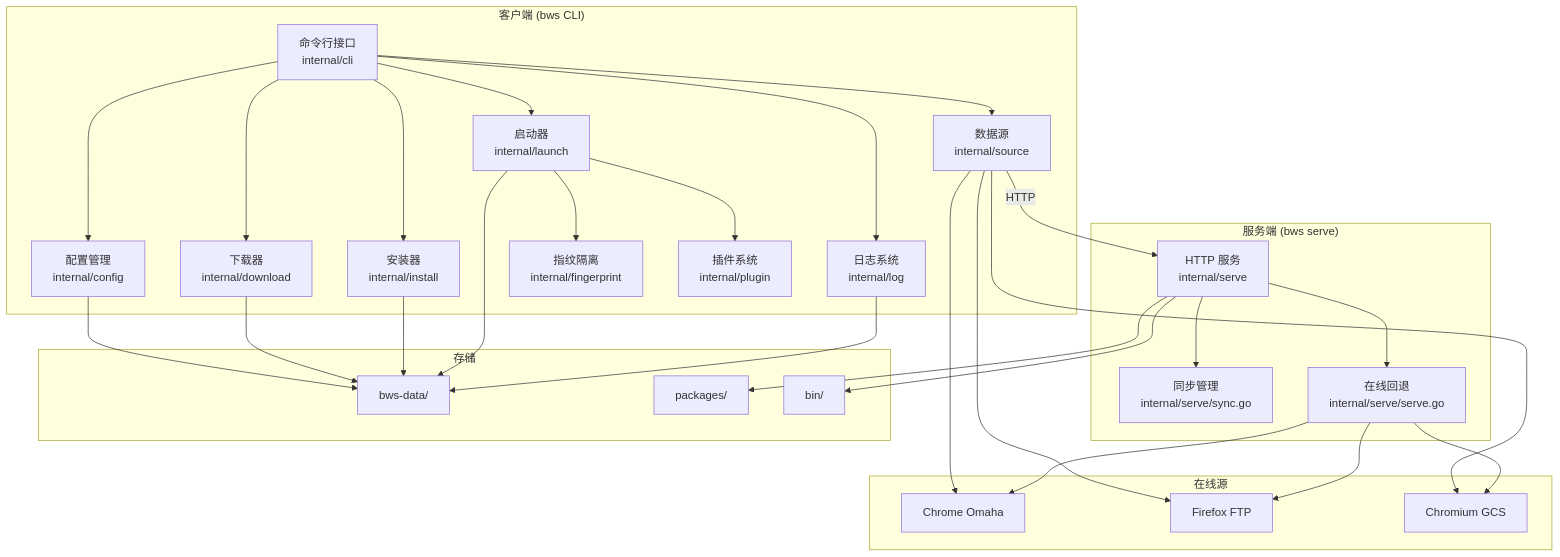
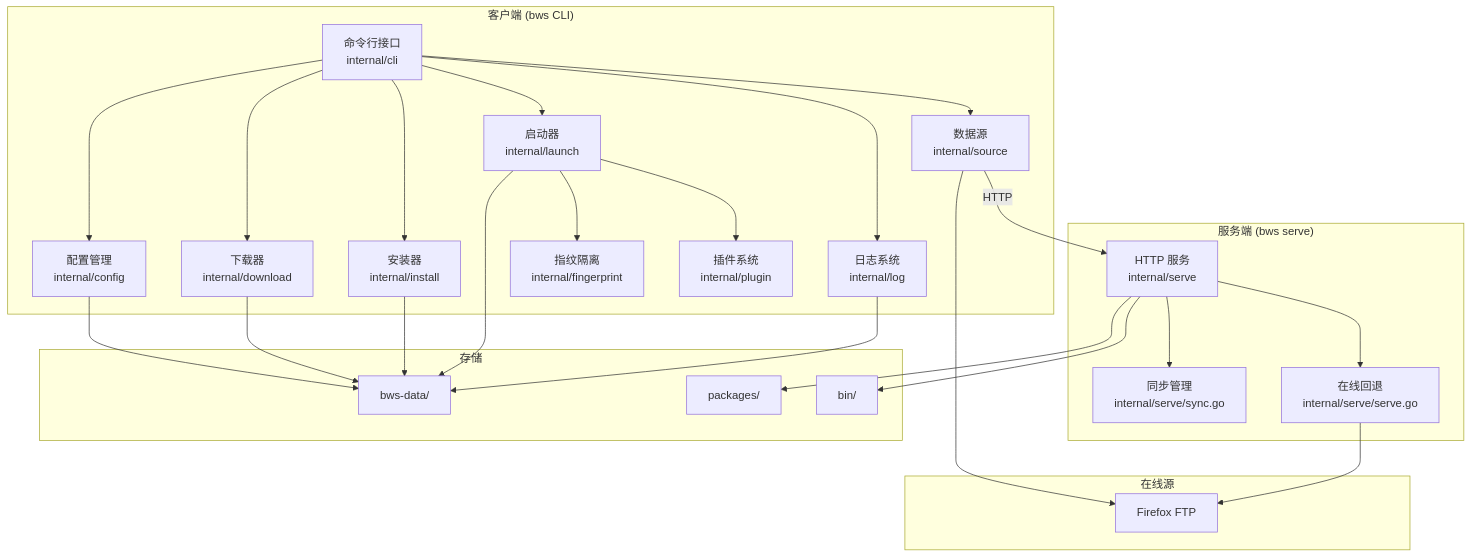
One commit to hyjiacan/browser-workshop changed the first of 11 diagrams in docs/guide/design.md. Above: the diagram before and after it, drawn with Mermaid. The commit also changed other lines of this file and 47 other files, not shown here.

````diff
--- a/docs/guide/design.md
+++ b/docs/guide/design.md
@@ -11,60 +11,54 @@
 ```mermaid
 graph TB
     subgraph Client["客户端 (bws CLI)"]
         CLI["命令行接口<br/>internal/cli"]
         CFG["配置管理<br/>internal/config"]
         SRC["数据源<br/>internal/source"]
         DL["下载器<br/>internal/download"]
         INST["安装器<br/>internal/install"]
         LAUNCH["启动器<br/>internal/launch"]
         LOG["日志系统<br/>internal/log"]
         FP["指纹隔离<br/>internal/fingerprint"]
         PLUGIN["插件系统<br/>internal/plugin"]
     end
 
     subgraph Serve["服务端 (bws serve)"]
         HTTP["HTTP 服务<br/>internal/serve"]
         SYNC["同步管理<br/>internal/serve/sync.go"]
         OF["在线回退<br/>internal/serve/serve.go"]
     end
 
     subgraph Storage["存储"]
         DATA["bws-data/"]
         PKG["packages/"]
         BIN["bin/"]
     end
 
     subgraph Online["在线源"]
-        OMAHA["Chrome Omaha"]
         FFTP["Firefox FTP"]
-        GCS["Chromium GCS"]
     end
 
     CLI --> CFG
     CLI --> SRC
     CLI --> DL
     CLI --> INST
     CLI --> LAUNCH
     CLI --> LOG
     LAUNCH --> FP
     LAUNCH --> PLUGIN
 
     SRC -->|HTTP| HTTP
-    SRC --> OMAHA
     SRC --> FFTP
-    SRC --> GCS
 
     HTTP --> SYNC
     HTTP --> OF
-    OF --> OMAHA
     OF --> FFTP
-    OF --> GCS
 
     HTTP --> PKG
     HTTP --> BIN
     CFG --> DATA
     DL --> DATA
     INST --> DATA
     LAUNCH --> DATA
     LOG --> DATA
 ```
````
